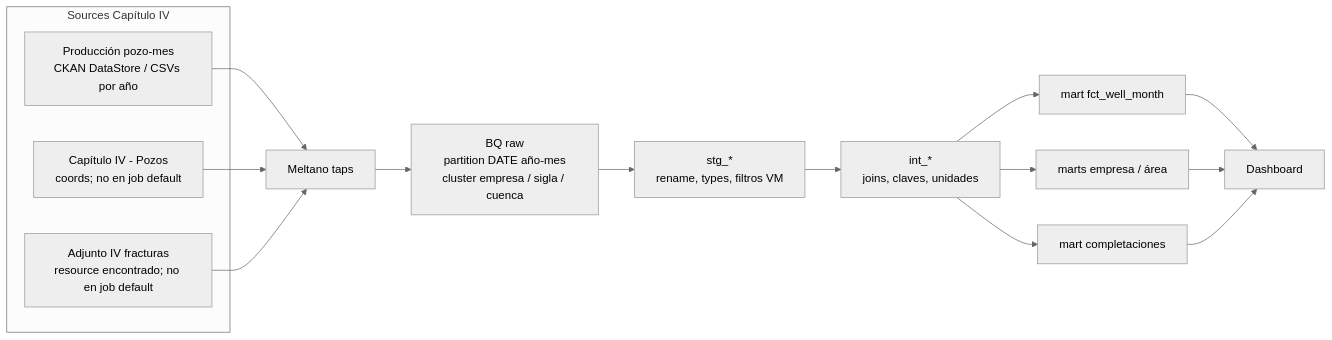
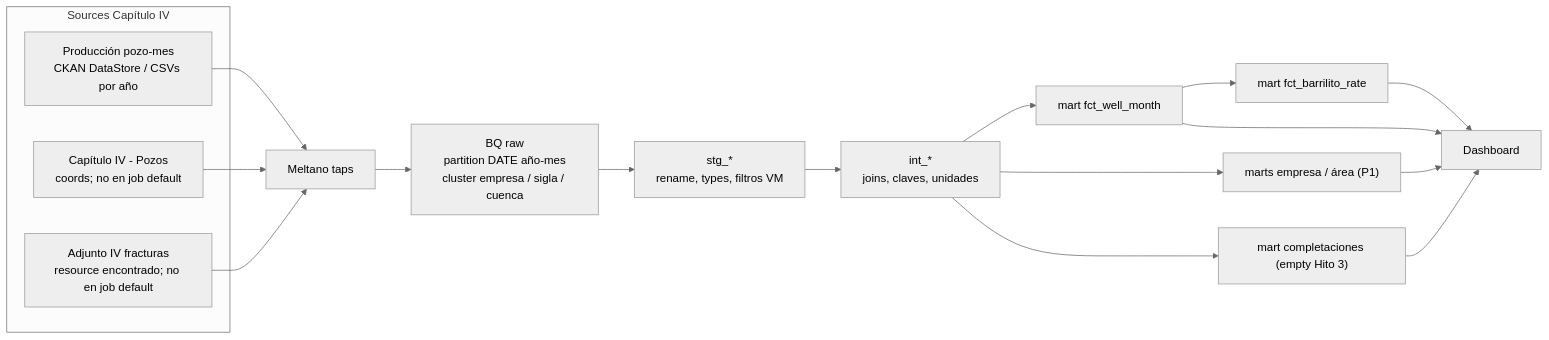
Before and after one commit to nrohland/vaca-muerta-pulse: the third of 3 diagrams in docs/architecture.md, drawn with Mermaid (neutral theme). The commit also changed other lines of this file and 33 other files, not shown here.

First line of the commit message:
Hito 2: dbt Core Barrilito marts (fct_barrilito_rate)

````diff
--- a/docs/architecture.md
+++ b/docs/architecture.md
@@ -63,20 +63,22 @@
 ```mermaid
 flowchart LR
   subgraph Sources["Sources Capítulo IV"]
     P["Producción pozo-mes<br/>CKAN DataStore / CSVs por año"]
     W["Capítulo IV - Pozos<br/>coords; no en job default"]
     F["Adjunto IV fracturas<br/>resource encontrado; no en job default"]
   end
   P --> TAPS
   W --> TAPS
   F --> TAPS
   TAPS["Meltano taps"] --> RAW["BQ raw<br/>partition DATE año-mes<br/>cluster empresa / sigla / cuenca"]
   RAW --> STG["stg_*<br/>rename, types, filtros VM"]
   STG --> INT["int_*<br/>joins, claves, unidades"]
   INT --> M1["mart fct_well_month"]
-  INT --> M2["marts empresa / área"]
-  INT --> M3["mart completaciones"]
+  M1 --> M4["mart fct_barrilito_rate"]
+  INT --> M2["marts empresa / área (P1)"]
+  INT --> M3["mart completaciones (empty Hito 3)"]
   M1 --> WEB["Dashboard"]
   M2 --> WEB
   M3 --> WEB
+  M4 --> WEB
 ```
````
